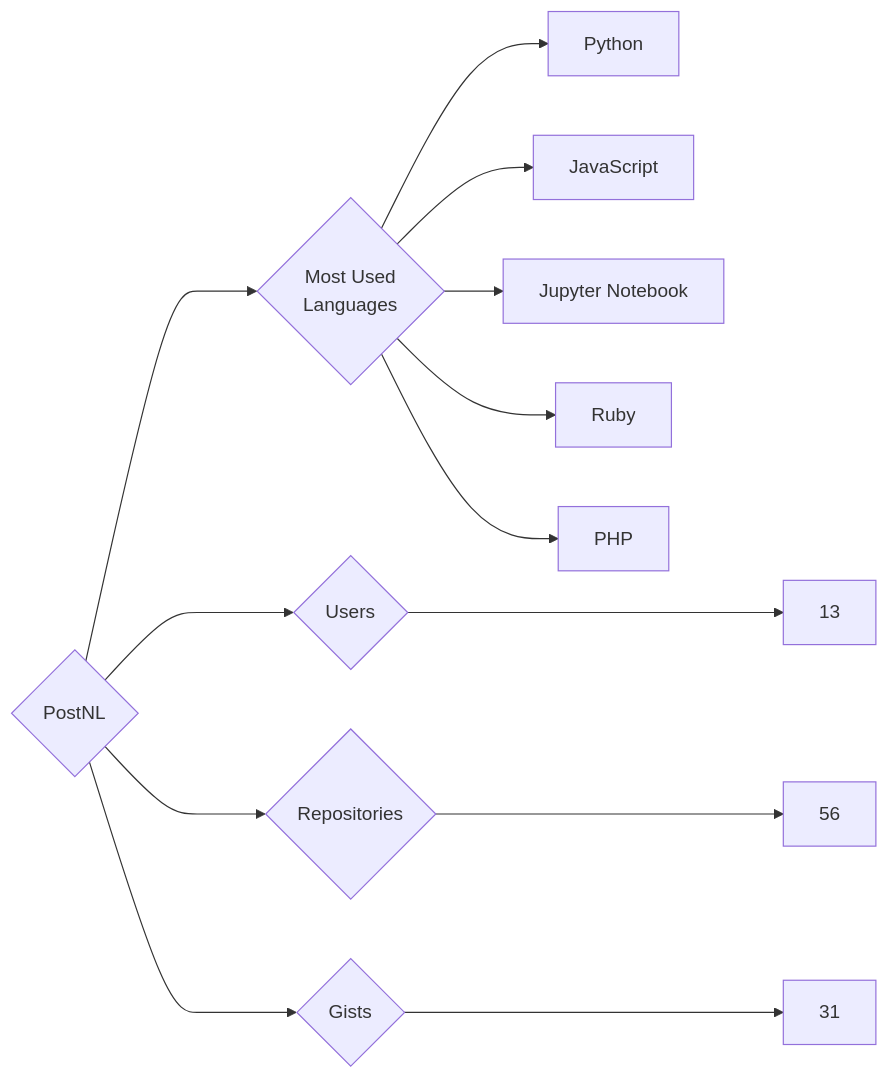
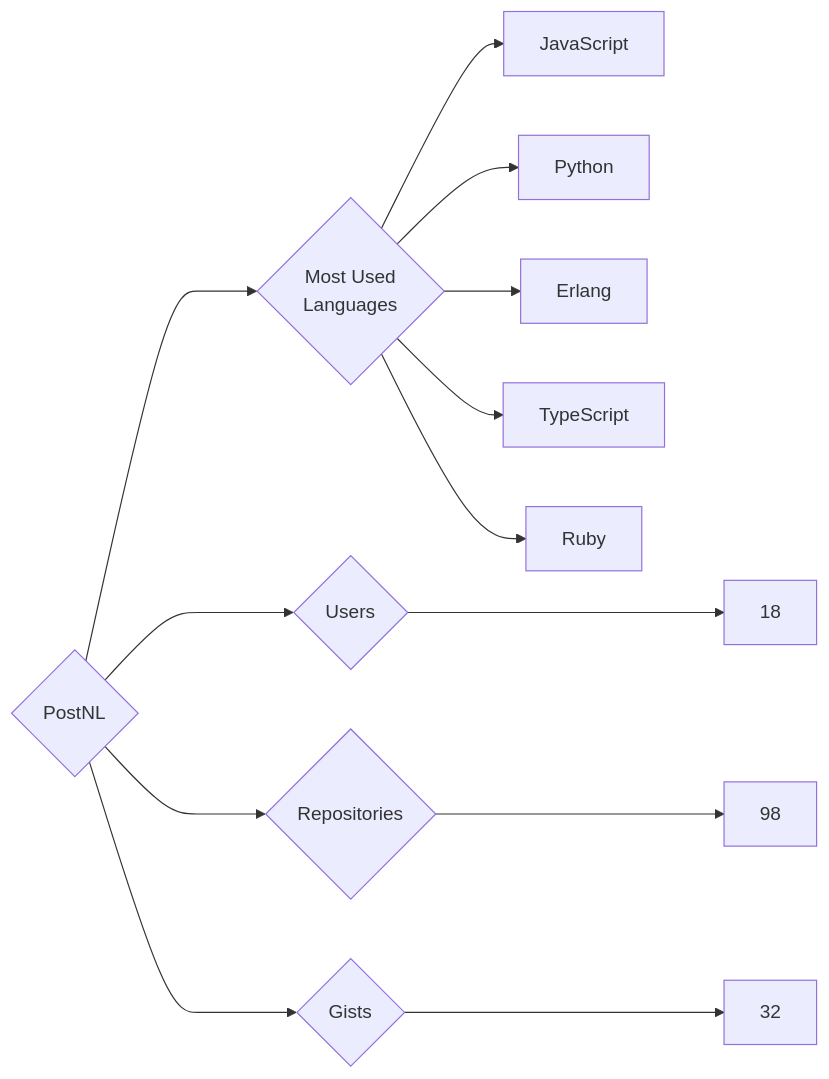
The diagram in targets/PostNL/README.md (trickest/insiders), drawn with Mermaid before and after one commit. The commit also changed 833 other files, not shown here.

````diff
--- a/targets/PostNL/README.md
+++ b/targets/PostNL/README.md
@@ -3,13 +3,13 @@
 ```mermaid
 graph LR
 COMPANY_NAME{PostNL}
-COMPANY_NAME ---> U{Users} ---> UN[13]
-COMPANY_NAME ---> R{Repositories} ---> RN[56]
-COMPANY_NAME ---> G{Gists} ---> GN[31]
+COMPANY_NAME ---> U{Users} ---> UN[18]
+COMPANY_NAME ---> R{Repositories} ---> RN[98]
+COMPANY_NAME ---> G{Gists} ---> GN[32]
 COMPANY_NAME ---> ML{Most Used<br>Languages}
+ML --> JavaScript[JavaScript]
 ML --> Python[Python]
-ML --> JavaScript[JavaScript]
-ML --> Jupyter_Notebook[Jupyter Notebook]
+ML --> Erlang[Erlang]
+ML --> TypeScript[TypeScript]
 ML --> Ruby[Ruby]
-ML --> PHP[PHP]
 ```
````
